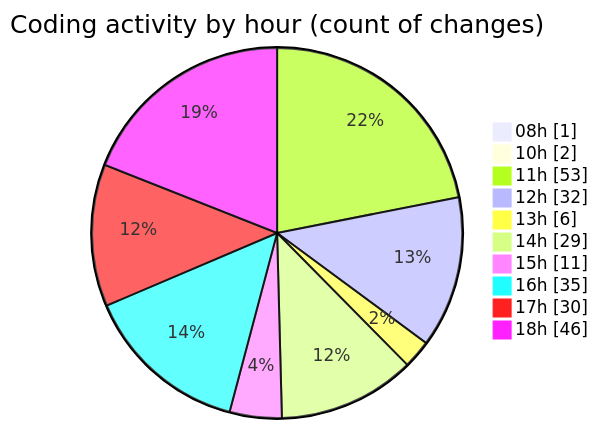
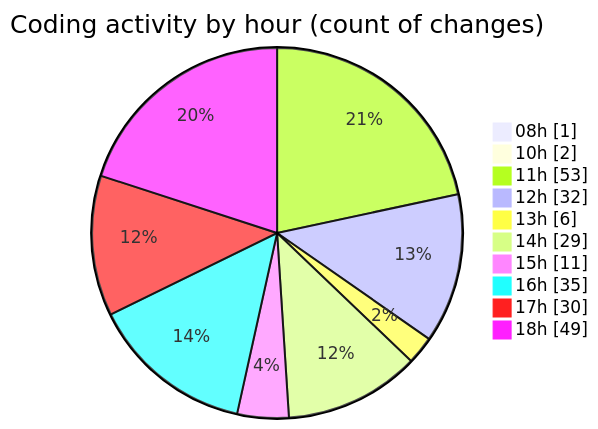
The second of 2 diagrams in 2025-07-03/cda/README.md (momahboobian/code-tracking), drawn with Mermaid before and after one commit. The commit also changed other lines of this file and 1 other file, not shown here.

````diff
--- a/2025-07-03/cda/README.md
+++ b/2025-07-03/cda/README.md
@@ -59,14 +60,14 @@
 ```mermaid
 pie showData
 title Coding activity by hour (count of changes)
 "08h" : 1
 "10h" : 2
 "11h" : 53
 "12h" : 32
 "13h" : 6
 "14h" : 29
 "15h" : 11
 "16h" : 35
 "17h" : 30
-"18h" : 46
+"18h" : 49
 ```
````
